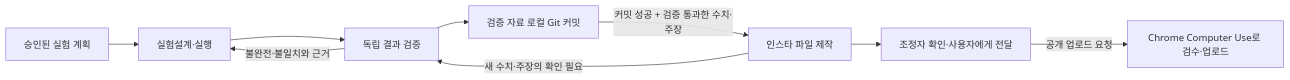
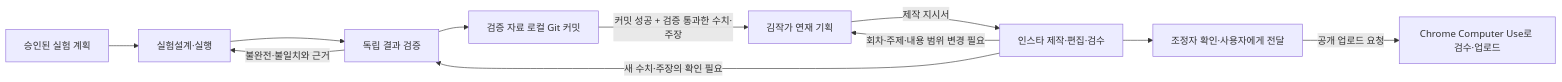
Before and after one commit to eat-toast/autonomous-rl-lab: the diagram in docs/agent_workflow.md, drawn with Mermaid. The commit also changed other lines of this file and 10 other files, not shown here.

````diff
--- a/docs/agent_workflow.md
+++ b/docs/agent_workflow.md
@@ -23,11 +41,13 @@
 ```mermaid
 flowchart LR
     P[승인된 실험 계획] --> E[실험설계·실행]
     E --> R[독립 결과 검증]
     R --> G[검증 자료 로컬 Git 커밋]
-    G -->|커밋 성공 + 검증 통과한 수치·주장| I[인스타 파일 제작]
+    G -->|커밋 성공 + 검증 통과한 수치·주장| K[김작가 연재 기획]
+    K -->|제작 지시서| I[인스타 제작·편집·검수]
+    I -->|회차·주제·내용 범위 변경 필요| K
     R -->|불완전·불일치와 근거| E
     I -->|새 수치·주장의 확인 필요| R
     I --> C[조정자 확인·사용자에게 전달]
     C -->|공개 업로드 요청| U[Chrome Computer Use로 검수·업로드]
 ```
````
